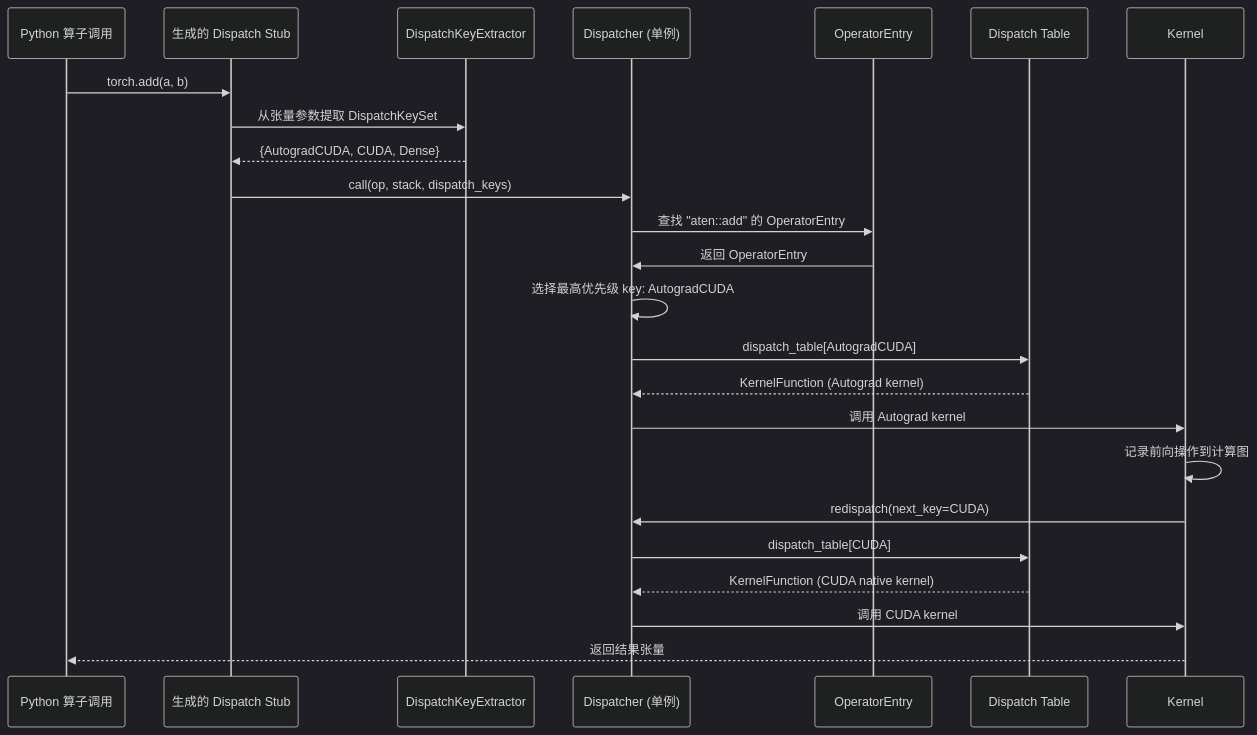
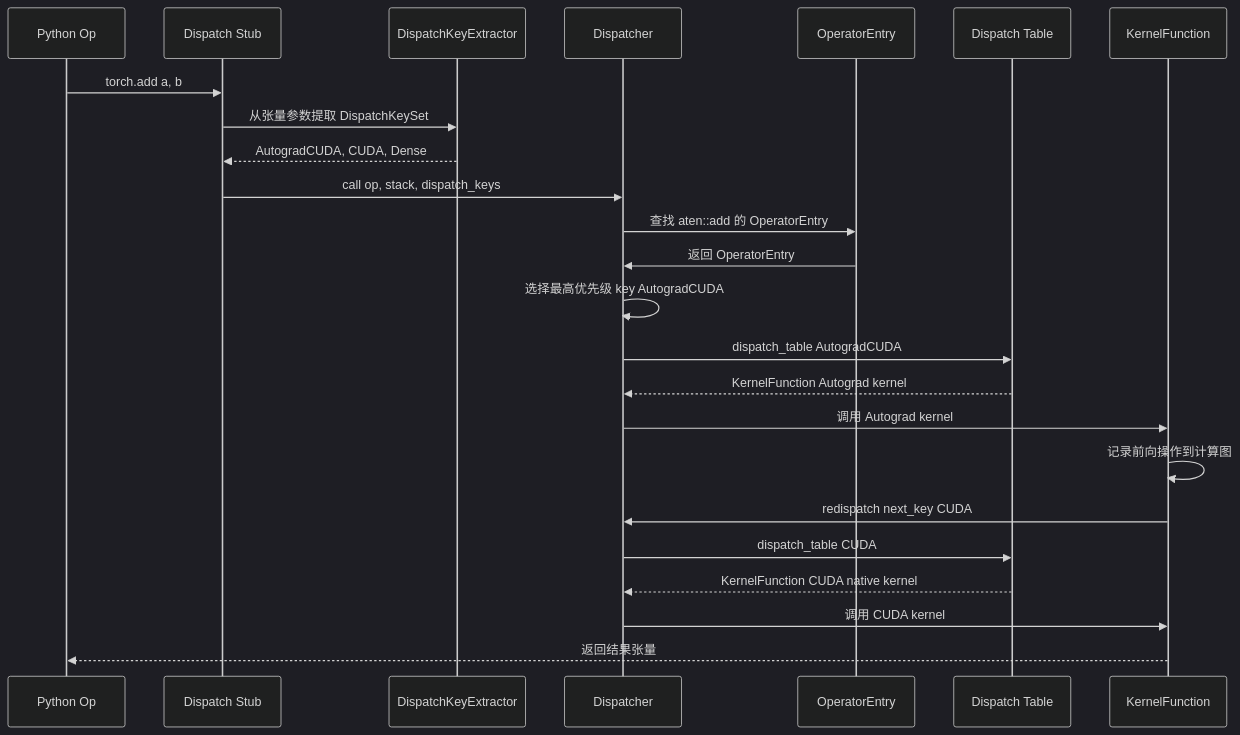
Before and after one commit to carlvinhust2012/MyStudy: the seventh of 8 diagrams in AI Infra相关/Pytorch/pytorch的整体框架.md, drawn with Mermaid (dark theme). The commit also changed other lines of this file, not shown here.

````diff
--- a/AI Infra相关/Pytorch/pytorch的整体框架.md
+++ b/AI Infra相关/Pytorch/pytorch的整体框架.md
@@ -640,34 +623,34 @@
 ```mermaid
 sequenceDiagram
-    participant Py as Python 算子调用
-    participant Stub as 生成的 Dispatch Stub
+    participant Py as Python Op
+    participant Stub as Dispatch Stub
     participant DKEx as DispatchKeyExtractor
-    participant Disp as Dispatcher (单例)
+    participant Disp as Dispatcher
     participant OE as OperatorEntry
     participant Table as Dispatch Table
-    participant Kernel as Kernel
+    participant KFunc as KernelFunction
 
-    Py->>Stub: torch.add(a, b)
+    Py->>Stub: torch.add a, b
     Stub->>DKEx: 从张量参数提取 DispatchKeySet
-    DKEx-->>Stub: {AutogradCUDA, CUDA, Dense}
+    DKEx-->>Stub: AutogradCUDA, CUDA, Dense
 
-    Stub->>Disp: call(op, stack, dispatch_keys)
+    Stub->>Disp: call op, stack, dispatch_keys
 
-    Disp->>OE: 查找 "aten::add" 的 OperatorEntry
+    Disp->>OE: 查找 aten::add 的 OperatorEntry
     OE->>Disp: 返回 OperatorEntry
 
-    Disp->>Disp: 选择最高优先级 key: AutogradCUDA
+    Disp->>Disp: 选择最高优先级 key AutogradCUDA
 
-    Disp->>Table: dispatch_table[AutogradCUDA]
-    Table-->>Disp: KernelFunction (Autograd kernel)
+    Disp->>Table: dispatch_table AutogradCUDA
+    Table-->>Disp: KernelFunction Autograd kernel
 
-    Disp->>Kernel: 调用 Autograd kernel
-    Kernel->>Kernel: 记录前向操作到计算图
-    Kernel->>Disp: redispatch(next_key=CUDA)
+    Disp->>KFunc: 调用 Autograd kernel
+    KFunc->>KFunc: 记录前向操作到计算图
+    KFunc->>Disp: redispatch next_key CUDA
 
-    Disp->>Table: dispatch_table[CUDA]
-    Table-->>Disp: KernelFunction (CUDA native kernel)
+    Disp->>Table: dispatch_table CUDA
+    Table-->>Disp: KernelFunction CUDA native kernel
 
-    Disp->>Kernel: 调用 CUDA kernel
-    Kernel-->>Py: 返回结果张量
+    Disp->>KFunc: 调用 CUDA kernel
+    KFunc-->>Py: 返回结果张量
 ```
````
